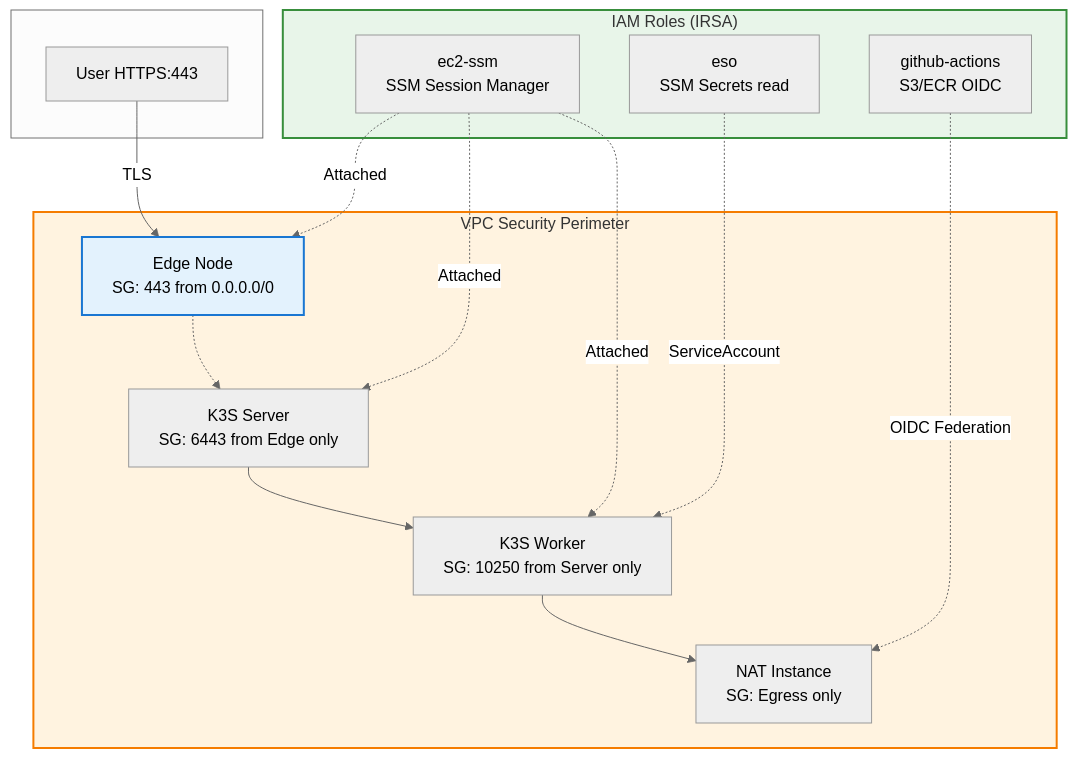
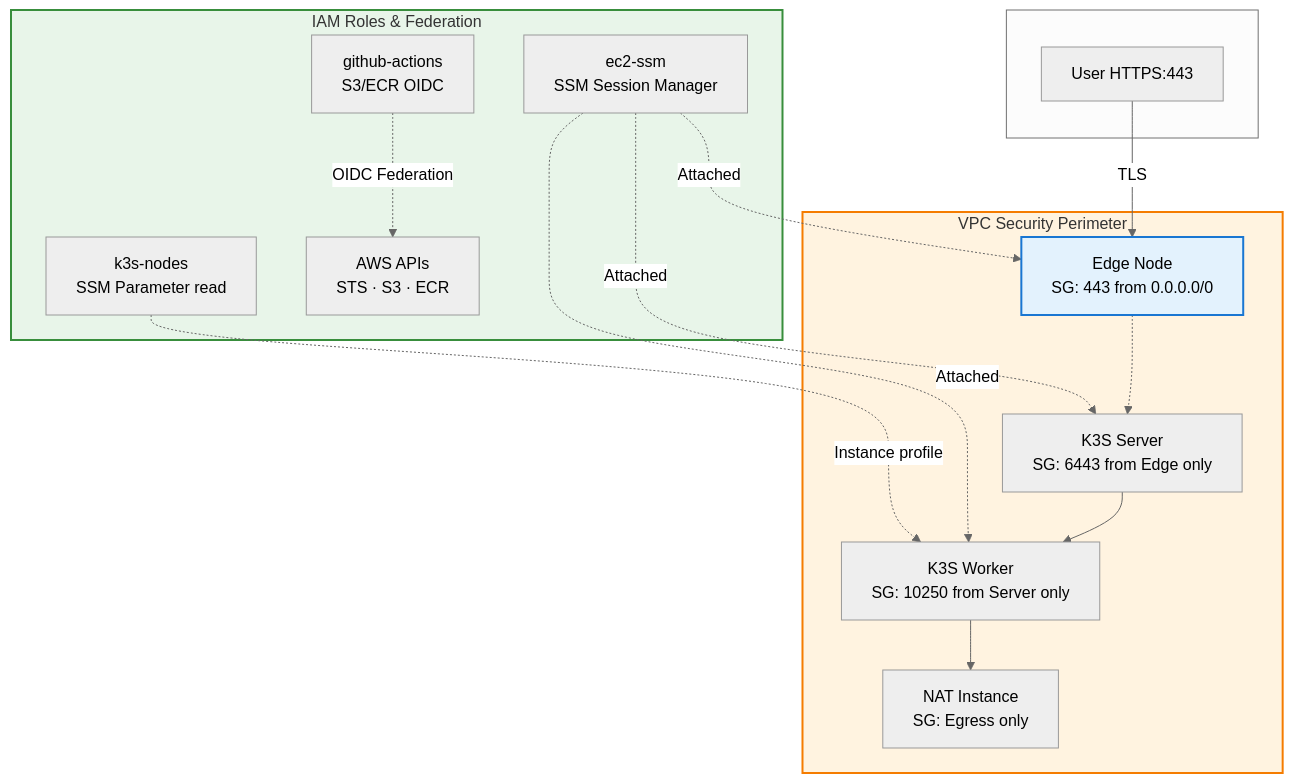
One commit to ClementV78/CloudRadar changed the third of 10 diagrams in docs/architecture/technical-architecture-summary.md. Above: the diagram before and after it, drawn with Mermaid (neutral theme). The commit also changed other lines of this file and 1 other file, not shown here.

First line of the commit message:
docs(architecture): align technical architecture docs

````diff
--- a/docs/architecture/technical-architecture-summary.md
+++ b/docs/architecture/technical-architecture-summary.md
@@ -137,32 +137,35 @@
 ```mermaid
 graph TB
     subgraph Internet[" "]
         USER[User HTTPS:443]
     end
     
     subgraph VPC["VPC Security Perimeter"]
         EDGE[Edge Node<br/>SG: 443 from 0.0.0.0/0]
         NAT[NAT Instance<br/>SG: Egress only]
         SERVER[K3S Server<br/>SG: 6443 from Edge only]
         WORKER[K3S Worker<br/>SG: 10250 from Server only]
     end
     
-    subgraph IAM["IAM Roles (IRSA)"]
+    subgraph IAM["IAM Roles & Federation"]
         ROLE_EC2[ec2-ssm<br/>SSM Session Manager]
-        ROLE_ESO[eso<br/>SSM Secrets read]
+        ROLE_K3S[k3s-nodes<br/>SSM Parameter read]
         ROLE_CI[github-actions<br/>S3/ECR OIDC]
+        AWS_API[AWS APIs<br/>STS · S3 · ECR]
     end
     
     USER -->|TLS| EDGE
     EDGE -.-> SERVER
     SERVER --> WORKER
     WORKER --> NAT
     
-    ROLE_EC2 -.->|Attached| EDGE & SERVER & WORKER
-    ROLE_ESO -.->|ServiceAccount| WORKER
-    ROLE_CI -.->|OIDC Federation| NAT
+    ROLE_EC2 -.->|Attached| EDGE
+    ROLE_EC2 -.->|Attached| SERVER
+    ROLE_EC2 -.->|Attached| WORKER
+    ROLE_K3S -.->|Instance profile| WORKER
+    ROLE_CI -.->|OIDC Federation| AWS_API
     
     style VPC fill:#fff3e0,stroke:#f57c00,stroke-width:2px
     style IAM fill:#e8f5e9,stroke:#388e3c,stroke-width:2px
     style EDGE fill:#e3f2fd,stroke:#1976d2,stroke-width:2px
 ```
````
